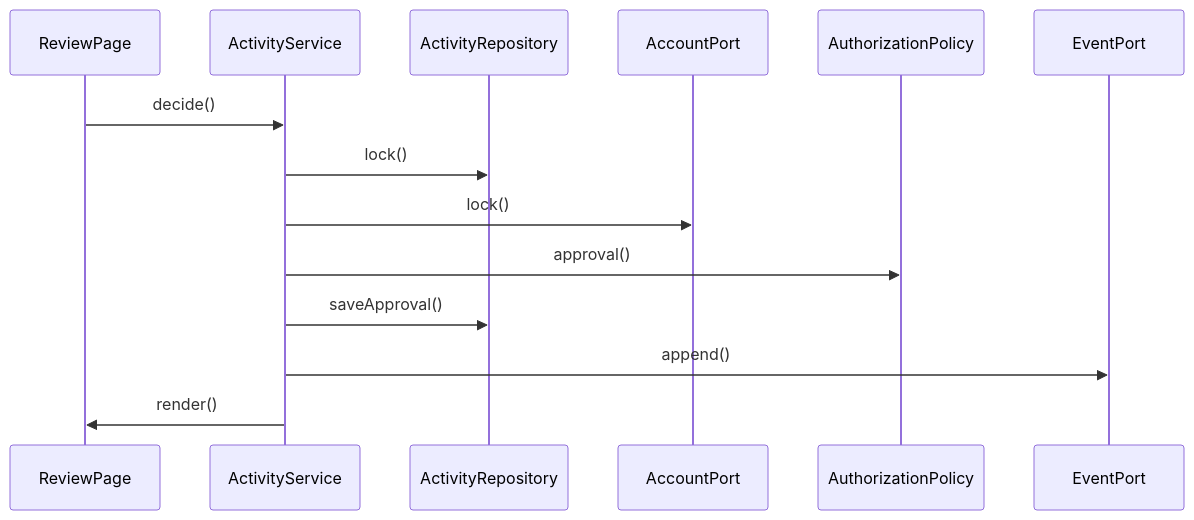
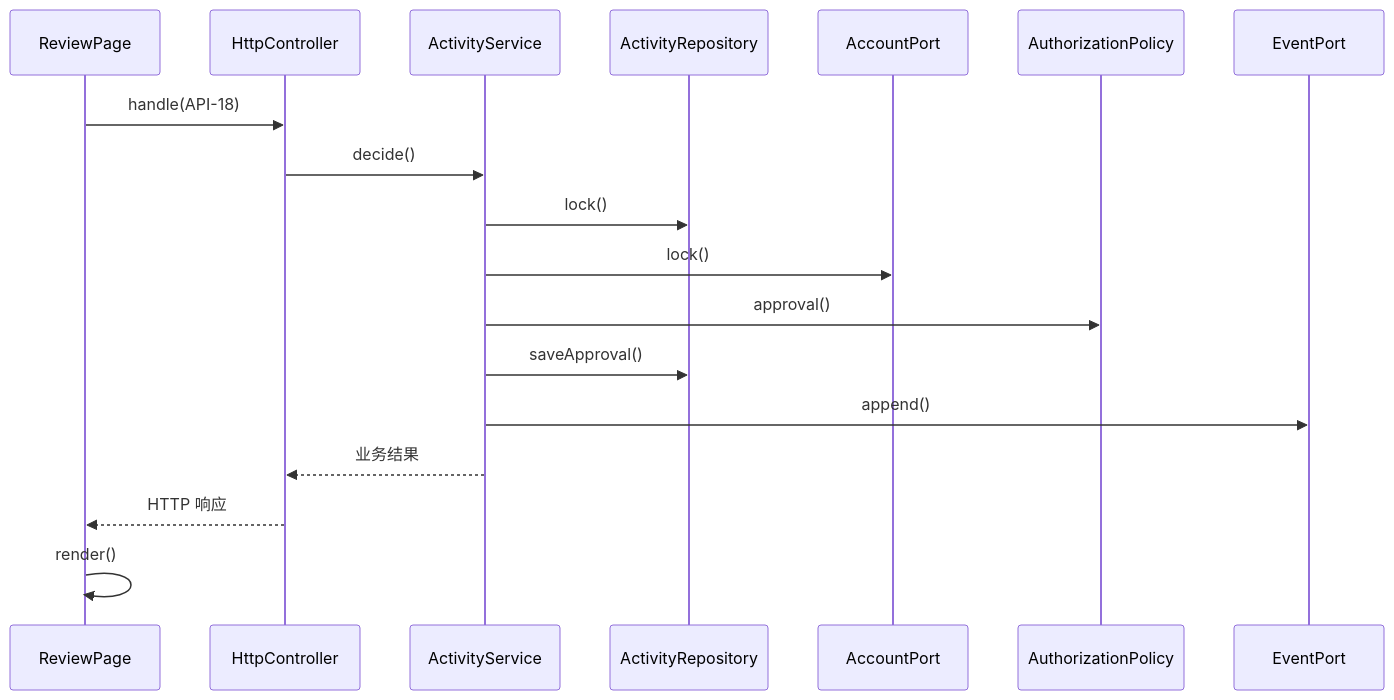
One commit to Rito-492/campus-sched changed diagram 17 of 44 in docs/design/software-design-task4.md. Above: the diagram before and after it, drawn with Mermaid. The commit also changed other lines of this file and 3 other files, not shown here.

Commit message:
docs: 修正任务4顺序图HTTP边界与页面调用方向

````diff
--- a/docs/design/software-design-task4.md
+++ b/docs/design/software-design-task4.md
@@ -1376,16 +1516,20 @@
 ```mermaid
 sequenceDiagram
  participant ReviewPage
+ participant HttpController
  participant ActivityService
  participant ActivityRepository
  participant AccountPort
  participant AuthorizationPolicy
  participant EventPort
- ReviewPage->>ActivityService: decide()
+ ReviewPage->>HttpController: handle(API-18)
+ HttpController->>ActivityService: decide()
  ActivityService->>ActivityRepository: lock()
  ActivityService->>AccountPort: lock()
  ActivityService->>AuthorizationPolicy: approval()
  ActivityService->>ActivityRepository: saveApproval()
  ActivityService->>EventPort: append()
- ActivityService->>ReviewPage: render()
+ ActivityService-->>HttpController: 业务结果
+ HttpController-->>ReviewPage: HTTP 响应
+ ReviewPage->>ReviewPage: render()
 ```
````
